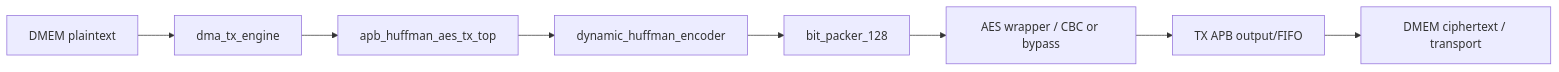
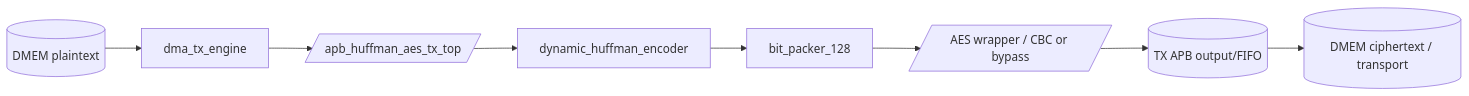
The second of 6 diagrams in docs/29_defense_qa_code_focus_spec.md (ngoquocan139/AES_huffman_all6), drawn with Mermaid before and after one commit. The commit also changed other lines of this file and 28 other files, not shown here.

````diff
--- a/docs/29_defense_qa_code_focus_spec.md
+++ b/docs/29_defense_qa_code_focus_spec.md
@@ -69,10 +69,10 @@
 ```mermaid
 flowchart LR
-    SRC["DMEM plaintext"] --> TXDMA["dma_tx_engine"]
-    TXDMA --> TXAPB["apb_huffman_aes_tx_top"]
+    SRC[("DMEM plaintext")] --> TXDMA["dma_tx_engine"]
+    TXDMA --> TXAPB[/"apb_huffman_aes_tx_top"/]
     TXAPB --> ENC["dynamic_huffman_encoder"]
     ENC --> PACK["bit_packer_128"]
-    PACK --> AESW["AES wrapper / CBC or bypass"]
-    AESW --> FIFO["TX APB output/FIFO"]
-    FIFO --> DST["DMEM ciphertext / transport"]
+    PACK --> AESW[/"AES wrapper / CBC or bypass"/]
+    AESW --> FIFO[("TX APB output/FIFO")]
+    FIFO --> DST[("DMEM ciphertext / transport")]
 ```
````
